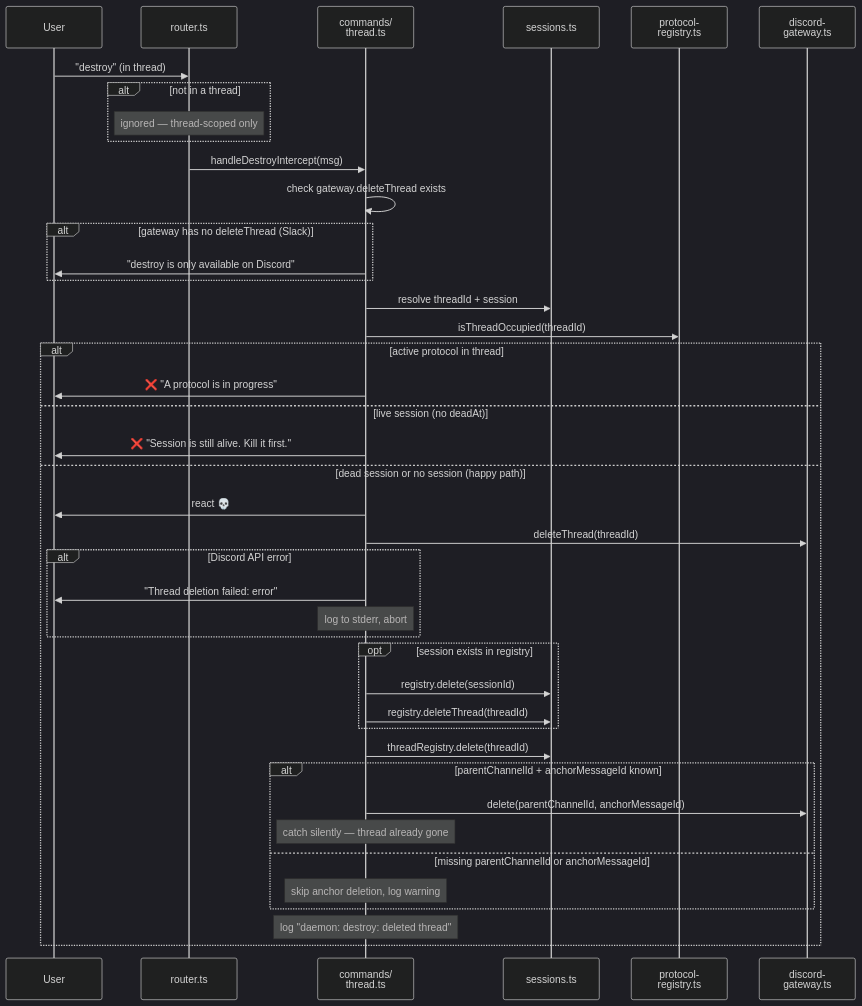
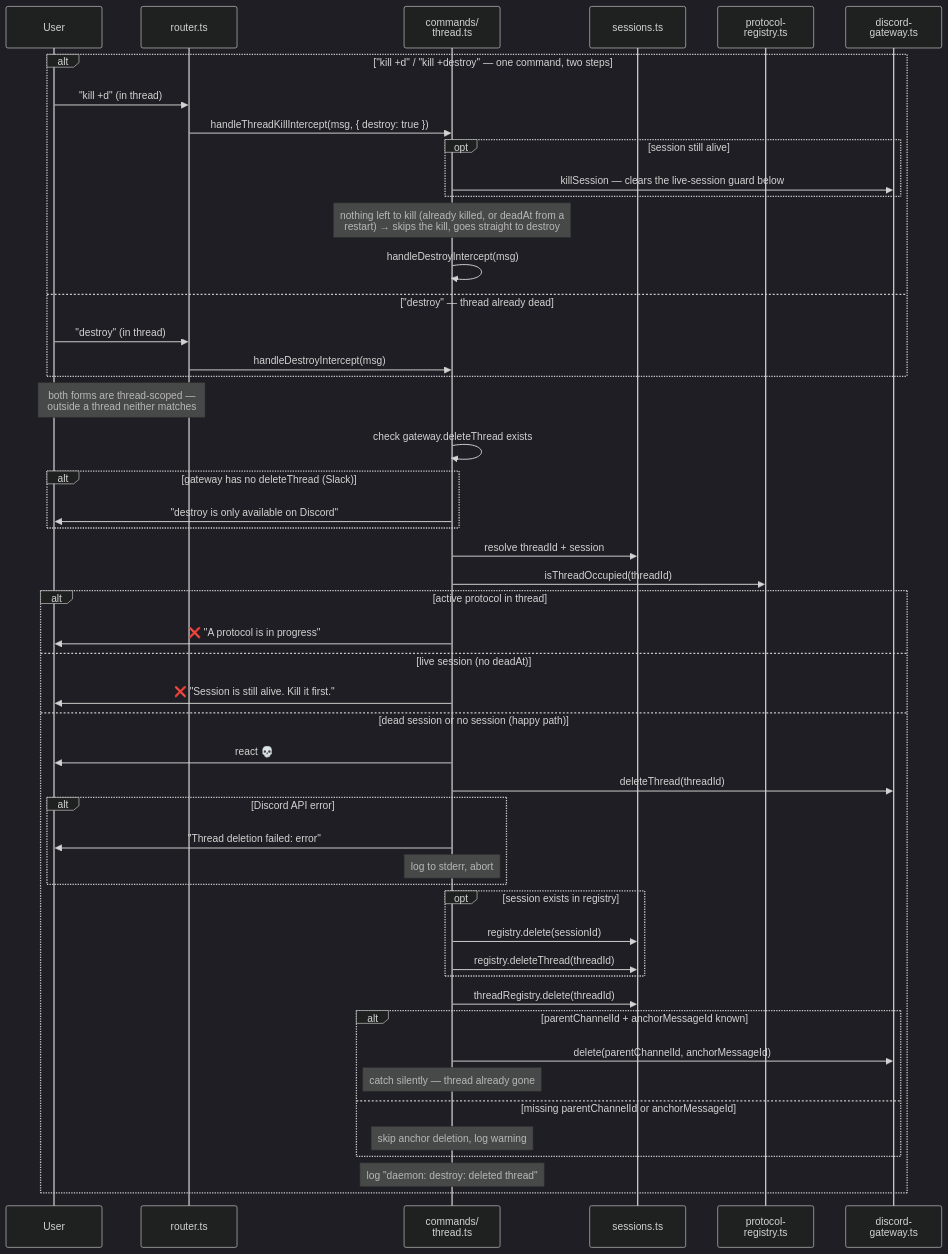
The diagram in diagrams/flow-destroy.mmd (sf8193/hydra), drawn with Mermaid (dark theme) before and after one commit. The commit also changed 7 other files, not shown here.

First line of the commit message:
feat: kill +d / kill +destroy — kill the session, then delete the thread (#318)

```diff
--- a/diagrams/flow-destroy.mmd
+++ b/diagrams/flow-destroy.mmd
@@ -1,55 +1,65 @@
 %% Destroy — permanently delete a thread and its anchor message
 %% Discord-only. Requires no live session and no active protocol.
+%% Two entry points: `destroy` on an already-dead thread, and `kill +d` /
+%% `kill +destroy`, which performs the kill the live-session guard demands and
+%% then runs this same body. The guards are re-applied either way.
 
 sequenceDiagram
     participant user as User
     participant router as router.ts
     participant handler as commands/<br/>thread.ts
     participant registry as sessions.ts
     participant protocol as protocol-<br/>registry.ts
     participant gateway as discord-<br/>gateway.ts
 
-    user->>router: "destroy" (in thread)
-
-    alt not in a thread
-        Note over router: ignored — thread-scoped only
+    alt "kill +d" / "kill +destroy" — one command, two steps
+        user->>router: "kill +d" (in thread)
+        router->>handler: handleThreadKillIntercept(msg, { destroy: true })
+        opt session still alive
+            handler->>gateway: killSession — clears the live-session guard below
+        end
+        Note over handler: nothing left to kill (already killed, or deadAt from a<br/>restart) → skips the kill, goes straight to destroy
+        handler->>handler: handleDestroyIntercept(msg)
+    else "destroy" — thread already dead
+        user->>router: "destroy" (in thread)
+        router->>handler: handleDestroyIntercept(msg)
     end
 
-    router->>handler: handleDestroyIntercept(msg)
+    Note over user,router: both forms are thread-scoped —<br/>outside a thread neither matches
 
     handler->>handler: check gateway.deleteThread exists
     alt gateway has no deleteThread (Slack)
         handler->>user: "destroy is only available on Discord"
     end
 
     handler->>registry: resolve threadId + session
     handler->>protocol: isThreadOccupied(threadId)
 
     alt active protocol in thread
         handler->>user: ❌ "A protocol is in progress"
     else live session (no deadAt)
         handler->>user: ❌ "Session is still alive. Kill it first."
     else dead session or no session (happy path)
         handler->>user: react 💀
 
         handler->>gateway: deleteThread(threadId)
         alt Discord API error
             handler->>user: "Thread deletion failed: error"
             Note over handler: log to stderr, abort
         end
 
         opt session exists in registry
             handler->>registry: registry.delete(sessionId)
             handler->>registry: registry.deleteThread(threadId)
         end
         handler->>registry: threadRegistry.delete(threadId)
 
         alt parentChannelId + anchorMessageId known
             handler->>gateway: delete(parentChannelId, anchorMessageId)
             Note over handler: catch silently — thread already gone
         else missing parentChannelId or anchorMessageId
             Note over handler: skip anchor deletion, log warning
         end
 
         Note over handler: log "daemon: destroy: deleted thread"
     end
```
